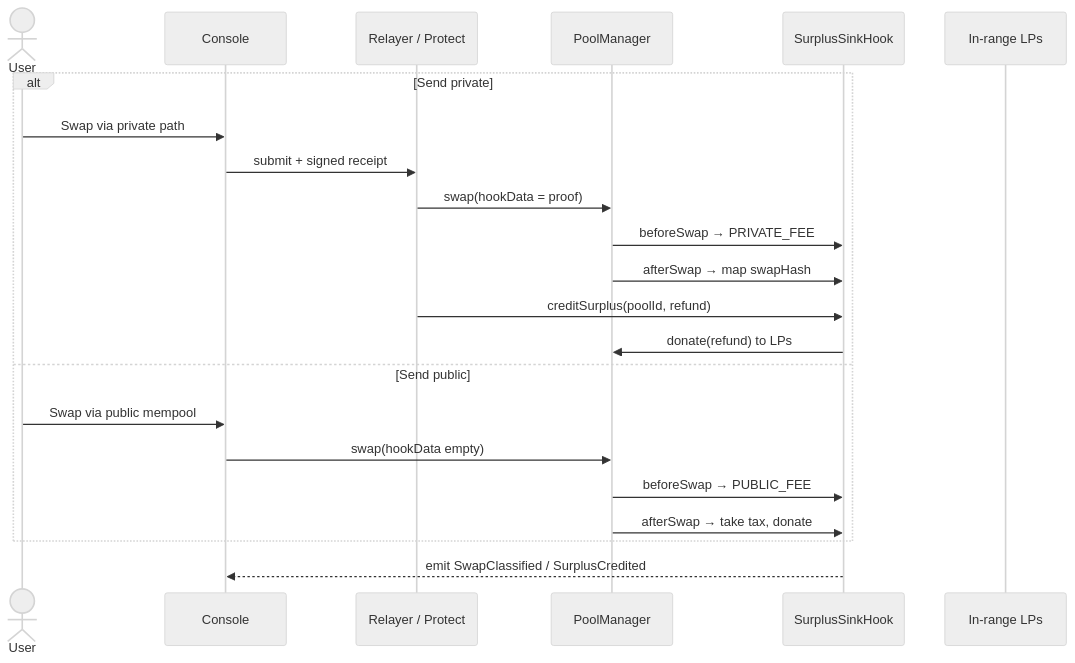
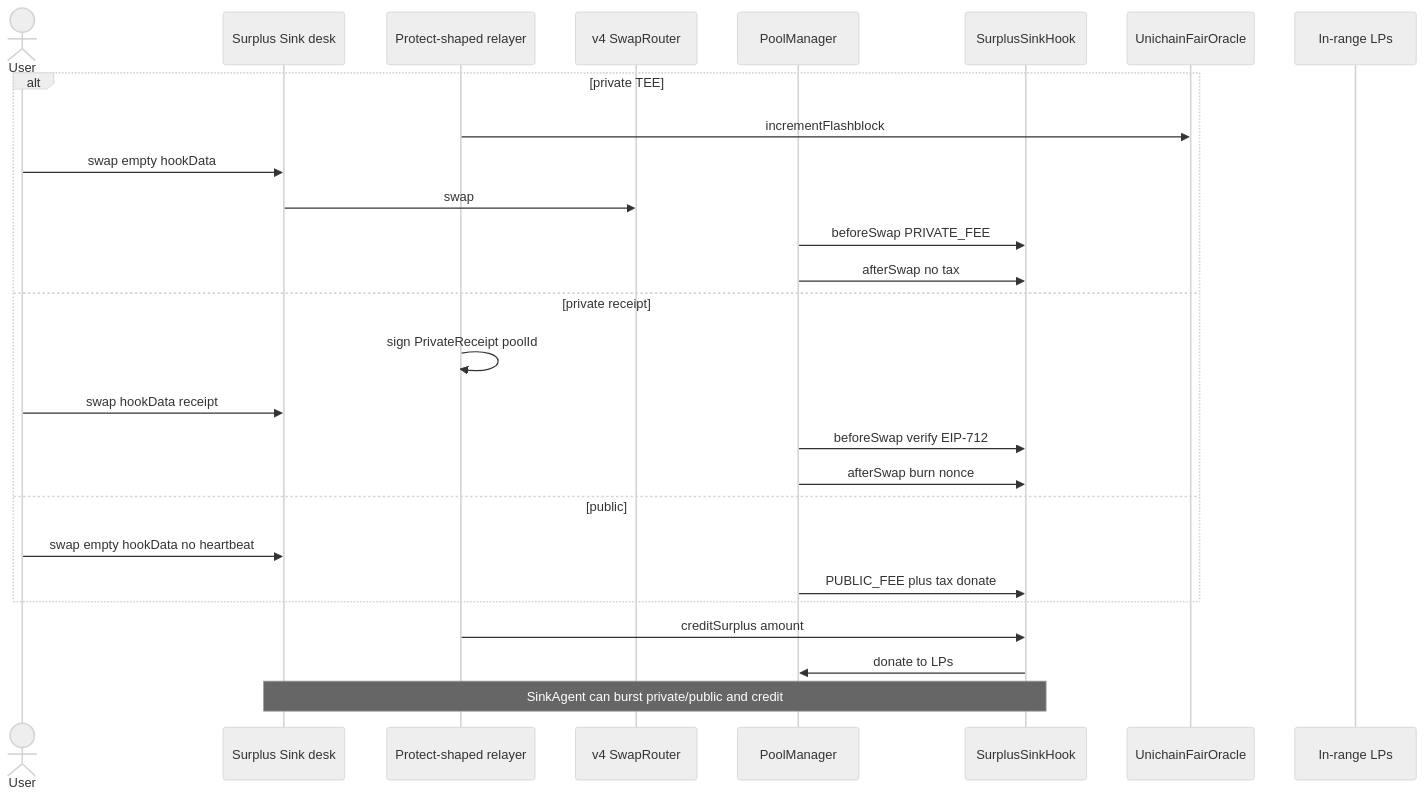
One commit to Najnomics/surplus-sink changed the second of 3 diagrams in README.md. Above: the diagram before and after it, drawn with Mermaid (neutral theme). The commit also changed other lines of this file, not shown here.

Commit message:
Expand the README with idea, flow, deployments, integrations, and the business case.

````diff
--- a/README.md
+++ b/README.md
@@ -82,27 +68,30 @@
 ```mermaid
 sequenceDiagram
     actor User
-    participant UI as Console
-    participant Protect as Relayer / Protect
-
+    participant Desk as Surplus Sink desk
+    participant Relayer as Protect-shaped relayer
+    participant Router as v4 SwapRouter
     participant PM as PoolManager
     participant Hook as SurplusSinkHook
+    participant Oracle as UnichainFairOracle
     participant LPs as In-range LPs
 
-    alt Send private
-        User->>UI: Swap via private path
-        UI->>Protect: submit + signed receipt
-
-        Protect->>PM: swap(hookData = proof)
-        PM->>Hook: beforeSwap → PRIVATE_FEE
-        PM->>Hook: afterSwap → map swapHash
-        Protect->>Hook: creditSurplus(poolId, refund)
-        Hook->>PM: donate(refund) to LPs
-    else Send public
-        User->>UI: Swap via public mempool
-        UI->>PM: swap(hookData empty)
-        PM->>Hook: beforeSwap → PUBLIC_FEE
-        PM->>Hook: afterSwap → take tax, donate
+    alt private TEE
+        Relayer->>Oracle: incrementFlashblock
+        User->>Desk: swap empty hookData
+        Desk->>Router: swap
+        PM->>Hook: beforeSwap PRIVATE_FEE
+        PM->>Hook: afterSwap no tax
+    else private receipt
+        Relayer->>Relayer: sign PrivateReceipt poolId
+        User->>Desk: swap hookData receipt
+        PM->>Hook: beforeSwap verify EIP-712
+        PM->>Hook: afterSwap burn nonce
+    else public
+        User->>Desk: swap empty hookData no heartbeat
+        PM->>Hook: PUBLIC_FEE plus tax donate
     end
-    Hook-->>UI: emit SwapClassified / SurplusCredited
+    Relayer->>Hook: creditSurplus amount
+    Hook->>PM: donate to LPs
+    Note over Desk,Hook: SinkAgent can burst private/public and credit
 ```
````
